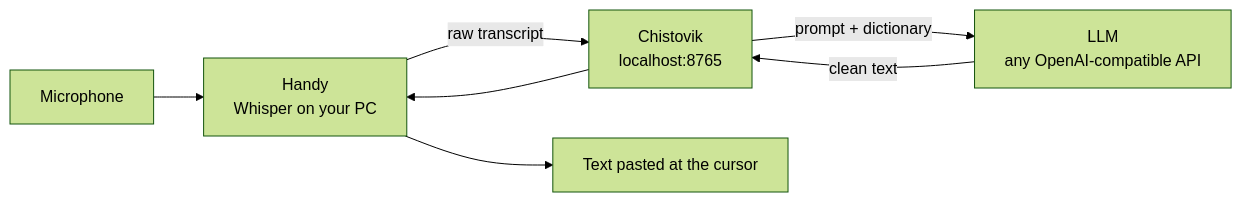
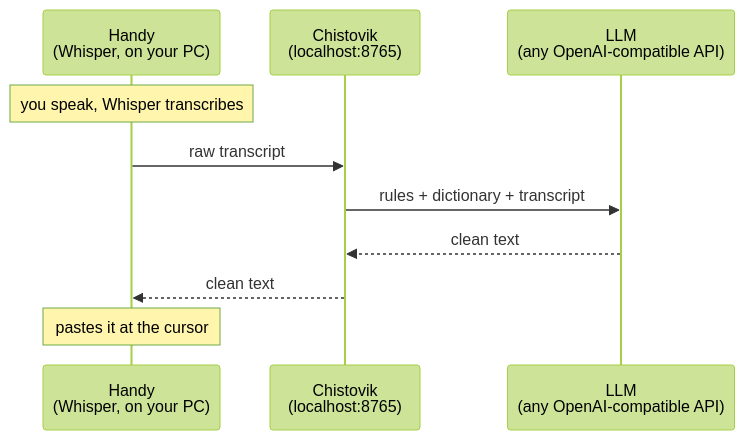
One commit to Tataut/chistovik changed the diagram in README.md. Above: the diagram before and after it, drawn with Mermaid (forest theme).

Commit message:
README: compact sequence diagram

````diff
--- a/README.md
+++ b/README.md
@@ -37,9 +37,12 @@
 ```mermaid
-flowchart LR
-    A[Microphone] --> B["Handy<br/>Whisper on your PC"]
-    B -- raw transcript --> C["Chistovik<br/>localhost:8765"]
-    C -- prompt + dictionary --> D["LLM<br/>any OpenAI-compatible API"]
-    D -- clean text --> C
-    C --> B
-    B --> E[Text pasted at the cursor]
+sequenceDiagram
+    participant H as Handy<br/>(Whisper, on your PC)
+    participant C as Chistovik<br/>(localhost:8765)
+    participant L as LLM<br/>(any OpenAI-compatible API)
+    Note over H: you speak, Whisper transcribes
+    H->>C: raw transcript
+    C->>L: rules + dictionary + transcript
+    L-->>C: clean text
+    C-->>H: clean text
+    Note over H: pastes it at the cursor
 ```
````
